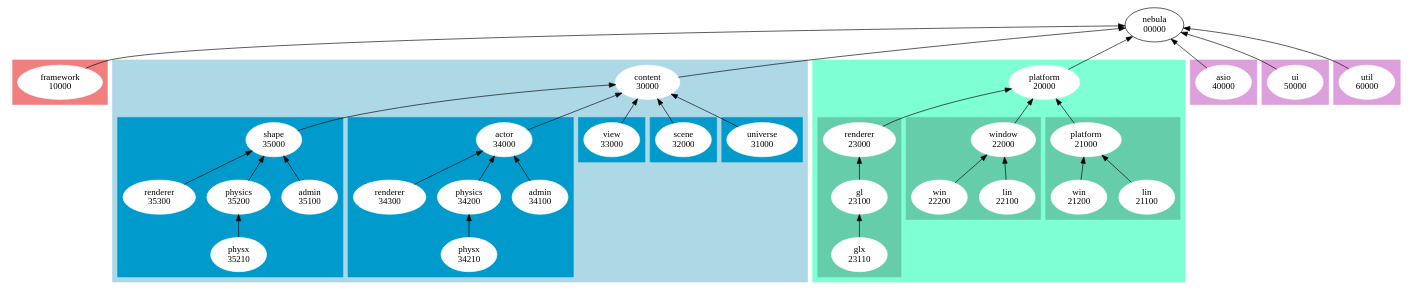
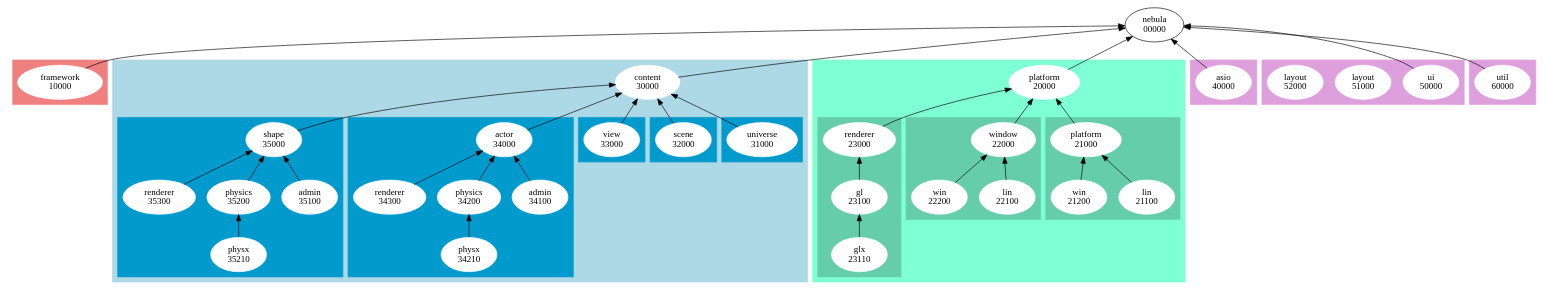
Before and after one commit to nebula-engine/Nebula: the diagram in media/dot/ns.dot, drawn with Graphviz. The commit also changed 69 other files, not shown here.

```diff
--- a/media/dot/ns.dot
+++ b/media/dot/ns.dot
@@ -1,187 +1,189 @@
 digraph G
 {
 	rankdir="BT";
 	
 	nebula [label="nebula\n00000"];
 
 	subgraph cluster__framework
 	{
 		node [style=filled]; 
 		node [color=white];
 
 		style = filled;
 		color = lightcoral;
 		
 		framework [label="framework\n10000"]
 	}
 	
 	framework->nebula;
 
 	subgraph cluster__content
 	{
 		node [style=filled]; 
 		node [color=white];
 		
 		style = filled;
 		color = lightblue;
 		
 		content [label="content\n30000"];
 		
 		subgraph cluster__universe
 		{
 			style = filled;
 			color = deepskyblue3;
 
 			universe [label = "universe\n31000"];
 		}
 		subgraph cluster__scene
 		{
 			style = filled;
 			color = deepskyblue3;
 
 			scene [label = "scene\n32000"];
 		}
 		subgraph cluster__view
 		{
 			style = filled;
 			color = deepskyblue3;
 			
 			view [label = "view\n33000"];
 		}
 		subgraph cluster__actor
 		{
 			style = filled;
 			color = deepskyblue3;
 			
 			actor [label = "actor\n34000"];
 			actor_admin [label = "admin\n34100"];
 			actor_physics [label = "physics\n34200"];
 			actor_physics_physx [label = "physx\n34210"];
 			actor_renderer [label = "renderer\n34300"];
 		}
 		subgraph cluster__shape
 		{
 			style = filled;
 			color = deepskyblue3;
 			
 			shpe [label = "shape\n35000"];
 			shpe_admin [label = "admin\n35100"];
 			shpe_physics [label = "physics\n35200"];
 			shpe_physics_physx [label = "physx\n35210"];
 			shpe_renderer [label = "renderer\n35300"];
 		}
 		
 		universe -> content;
 		scene -> content;
 		view -> content;
 		actor -> content;
 		actor_admin -> actor;
 		actor_physics -> actor;
 		actor_physics_physx -> actor_physics;
 		actor_renderer->actor;
 		
 		shpe->content;
 		shpe_admin->shpe;
 		shpe_physics->shpe;
 		shpe_physics_physx->shpe_physics;
 		shpe_renderer->shpe;
 	}
 	
 	content -> nebula;
 
 	subgraph cluster__platform
 	{
 		node [style=filled]; 
 		node [color=white];
 	
 		platform [label="platform\n20000"];
 		subgraph cluster_platform_platform
 		{
 			style = filled;
 			color = aquamarine3;
 
 
 			platform_platform [label="platform\n21000"];
 			platform_platform_lin [label="lin\n21100"];
 			platform_platform_win [label="win\n21200"];
 		}
 		subgraph cluster__platform_window
 		{
 			style = filled;
 			color = aquamarine3;
 
 
 			platform_window [label="window\n22000"];
 			platform_window_lin [label="lin\n22100"];
 			platform_window_win [label="win\n22200"];
 		}
 		subgraph cluster__platform_renderer
 		{
 			style = filled;
 			color = aquamarine3;
 
 			platform_renderer [label="renderer\n23000"];
 			platform_renderer_gl [label="gl\n23100"];
 			platform_renderer_gl_glx [label="glx\n23110"];
 		}
 		
 		platform_platform -> platform;
 		platform_platform_lin -> platform_platform;
 		platform_platform_win -> platform_platform;
 		
 		platform_window -> platform;
 		platform_window_lin -> platform_window;
 		platform_window_win -> platform_window;
 		
 		platform_renderer -> platform;
 		platform_renderer_gl -> platform_renderer;
 		platform_renderer_gl_glx -> platform_renderer_gl;
 
 		style = filled;
 		color = aquamarine;
 	}
 	
 	platform->nebula;
 	
 	subgraph cluster__asio
 	{
 		node [style=filled]; 
 		node [color=white];
 		
 		asio [label = "asio\n40000"];
 
 		style = filled;
 		color = plum;
 	}
 
 	subgraph cluster__ui
 	{
 		node [style=filled]; 
 		node [color=white];
 		
 		ui [label = "ui\n50000"];
-
+		ui_layout [label="layout\n51000"];
+		ui_object [label="layout\n52000"];
+		
 		style = filled;
 		color = plum;
 	}
 	subgraph cluster__util
 	{
 		node [style=filled]; 
 		node [color=white];
 		
 		util [label = "util\n60000"];
 
 		style = filled;
 		color = plum;
 	}
 
 
 	asio->nebula;
 	ui -> nebula;
 	util->nebula;
 	
 			
 
 	
 		
 }
```
